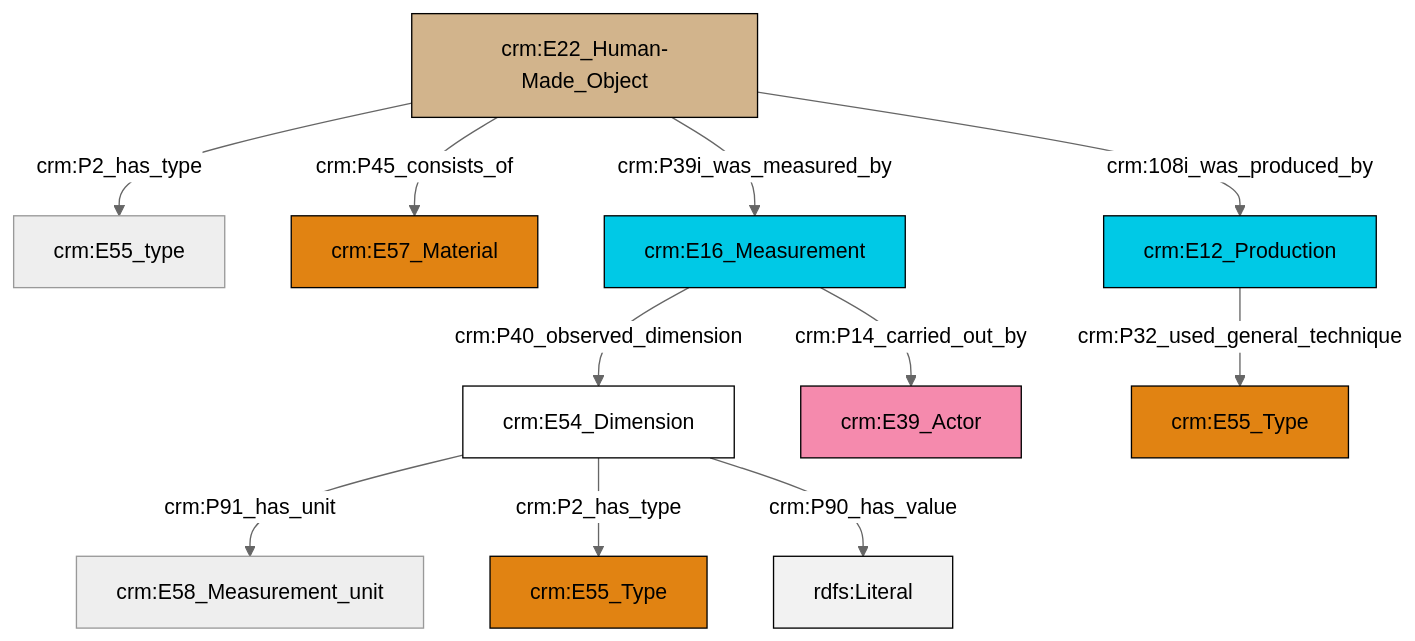
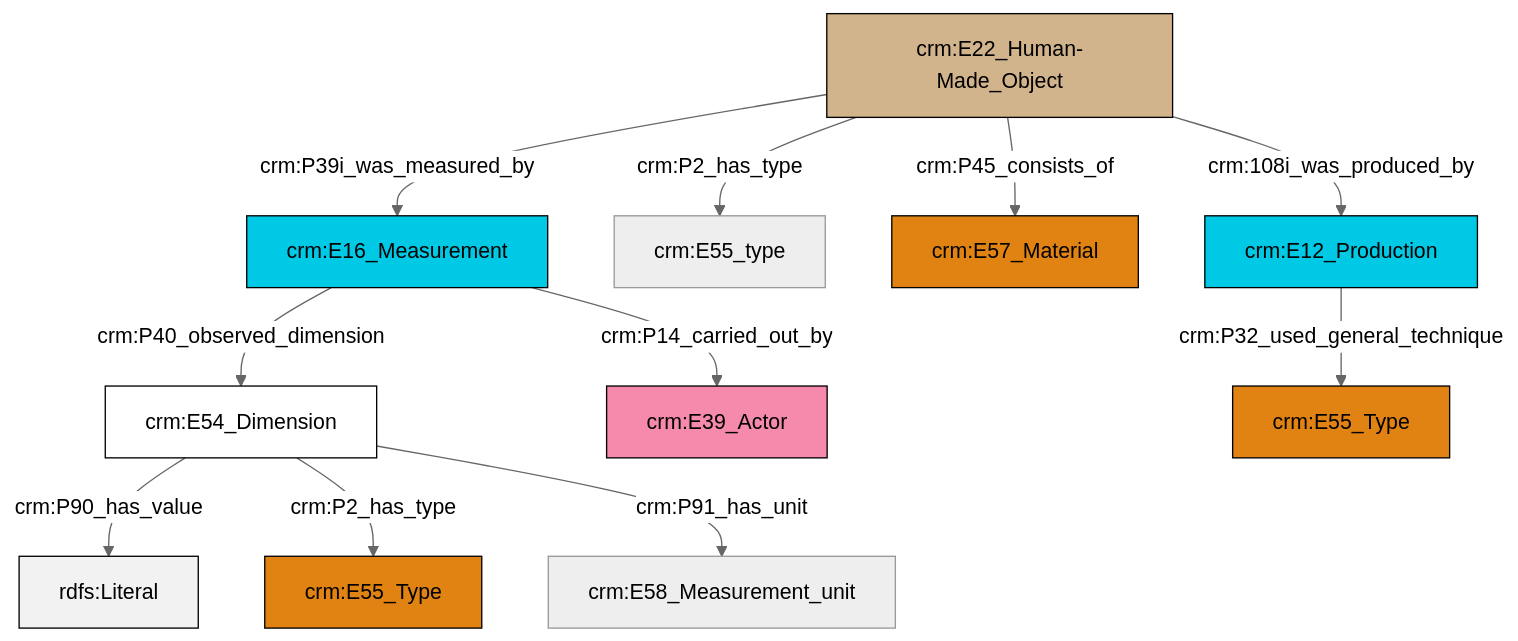
One commit to swiss-art-research-net/reference-data-models changed the diagram in et/builtWorkCSV/ttl/mmd/Built_Work_substance.ttl.mmd. Above: the diagram before and after it, drawn with Mermaid (neutral theme). The commit also changed 123 other files, not shown here.

```diff
--- a/et/builtWorkCSV/ttl/mmd/Built_Work_substance.ttl.mmd
+++ b/et/builtWorkCSV/ttl/mmd/Built_Work_substance.ttl.mmd
@@ -1,25 +1,25 @@
 graph TD
 classDef Literal fill:#f2f2f2,stroke:#000000;
 classDef CRM_Entity fill:#FFFFFF,stroke:#000000;
 classDef Temporal_Entity fill:#00C9E6, stroke:#000000;
 classDef Type fill:#E18312, stroke:#000000;
 classDef Time-Span fill:#2C9C91, stroke:#000000;
 classDef Appellation fill:#FFEB7F, stroke:#000000;
 classDef Place fill:#008836, stroke:#000000;
 classDef Persistent_Item fill:#B266B2, stroke:#000000;
 classDef Conceptual_Object fill:#FFD700, stroke:#000000;
 classDef Physical_Thing fill:#D2B48C, stroke:#000000;
 classDef Actor fill:#f58aad, stroke:#000000;
 classDef PC_Classes fill:#4ce600, stroke:#000000;
 classDef Multi fill:#cccccc,stroke:#000000;
 
-4["crm:E22_Human-Made_Object"]:::Physical_Thing -->|crm:P2_has_type| 0["crm:E55_type"]:::Default
-13["crm:E16_Measurement"]:::Temporal_Entity -->|crm:P40_observed_dimension| 5["crm:E54_Dimension"]:::CRM_Entity
-13["crm:E16_Measurement"]:::Temporal_Entity -->|crm:P14_carried_out_by| 11["crm:E39_Actor"]:::Actor
-5["crm:E54_Dimension"]:::CRM_Entity -->|crm:P91_has_unit| 2["crm:E58_Measurement_unit"]:::Default
-5["crm:E54_Dimension"]:::CRM_Entity -->|crm:P2_has_type| 9["crm:E55_Type"]:::Type
-15["crm:E12_Production"]:::Temporal_Entity -->|crm:P32_used_general_technique| 16["crm:E55_Type"]:::Type
-4["crm:E22_Human-Made_Object"]:::Physical_Thing -->|crm:108i_was_produced_by| 15["crm:E12_Production"]:::Temporal_Entity
-4["crm:E22_Human-Made_Object"]:::Physical_Thing -->|crm:P45_consists_of| 7["crm:E57_Material"]:::Type
-5["crm:E54_Dimension"]:::CRM_Entity -->|crm:P90_has_value| 20[rdfs:Literal]:::Literal
-4["crm:E22_Human-Made_Object"]:::Physical_Thing -->|crm:P39i_was_measured_by| 13["crm:E16_Measurement"]:::Temporal_Entity
+0["crm:E54_Dimension"]:::CRM_Entity -->|crm:P90_has_value| 1[rdfs:Literal]:::Literal
+2["crm:E16_Measurement"]:::Temporal_Entity -->|crm:P14_carried_out_by| 3["crm:E39_Actor"]:::Actor
+6["crm:E22_Human-Made_Object"]:::Physical_Thing -->|crm:P2_has_type| 7["crm:E55_type"]:::Default
+6["crm:E22_Human-Made_Object"]:::Physical_Thing -->|crm:P45_consists_of| 9["crm:E57_Material"]:::Type
+0["crm:E54_Dimension"]:::CRM_Entity -->|crm:P2_has_type| 12["crm:E55_Type"]:::Type
+2["crm:E16_Measurement"]:::Temporal_Entity -->|crm:P40_observed_dimension| 0["crm:E54_Dimension"]:::CRM_Entity
+13["crm:E12_Production"]:::Temporal_Entity -->|crm:P32_used_general_technique| 4["crm:E55_Type"]:::Type
+0["crm:E54_Dimension"]:::CRM_Entity -->|crm:P91_has_unit| 14["crm:E58_Measurement_unit"]:::Default
+6["crm:E22_Human-Made_Object"]:::Physical_Thing -->|crm:P39i_was_measured_by| 2["crm:E16_Measurement"]:::Temporal_Entity
+6["crm:E22_Human-Made_Object"]:::Physical_Thing -->|crm:108i_was_produced_by| 13["crm:E12_Production"]:::Temporal_Entity
```
